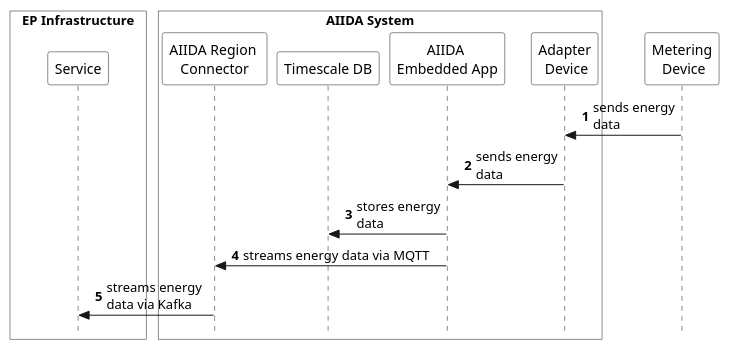
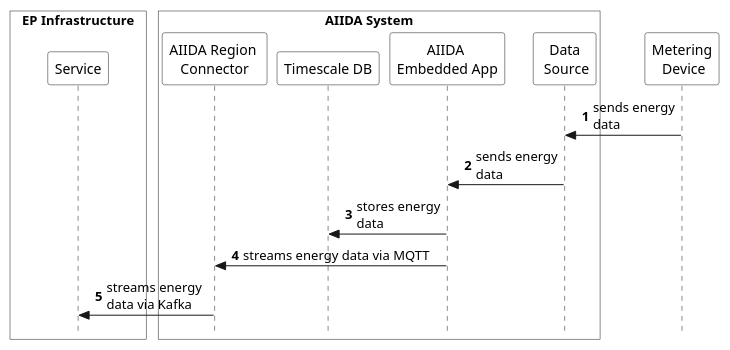
One commit to eddie-energy/architecture changed the diagram in arc42/aiida/runtime-view/figures/aiida_request_data.puml. Above: the diagram before and after it, drawn with PlantUML. The commit also changed 27 other files, not shown here.

Commit message:
Part of #120: Rename Adapter Device to Data Source

```diff
--- a/arc42/aiida/runtime-view/figures/aiida_request_data.puml
+++ b/arc42/aiida/runtime-view/figures/aiida_request_data.puml
@@ -1,35 +1,35 @@
 @startuml aiida_request_data
 'sequence diagram
 
 skinparam style strictuml
 skinparam sequence {
   ParticipantBackgroundColor transparent
   ActorBackgroundColor transparent
 }
 
 autonumber
 !pragma teoz true
 
 ' actor customer
 box "EP Infrastructure" #transparent
 ' participant "EP Website" as website
 participant "Service" as service
 end box
 box "\tAIIDA System\t\t"  #transparent
 participant "AIIDA Region \nConnector" as connector
 participant "Timescale DB" as timescale
 participant "AIIDA \nEmbedded App"  as app
-participant "Adapter\n Device" as adapter
+participant "Data\n Source" as data_source
 end box
 participant "Metering\n Device" as device
 
-device -> adapter : sends energy\ndata
-adapter -> app : sends energy\ndata
+device -> data_source : sends energy\ndata
+data_source -> app : sends energy\ndata
 app -> timescale : stores energy\ndata
 app -> connector : streams energy data via MQTT
 connector -> service : streams energy \ndata via Kafka
 
 ' website -> customer : show energy data
 ' connector -> website : share energy data
 
 @enduml
```
